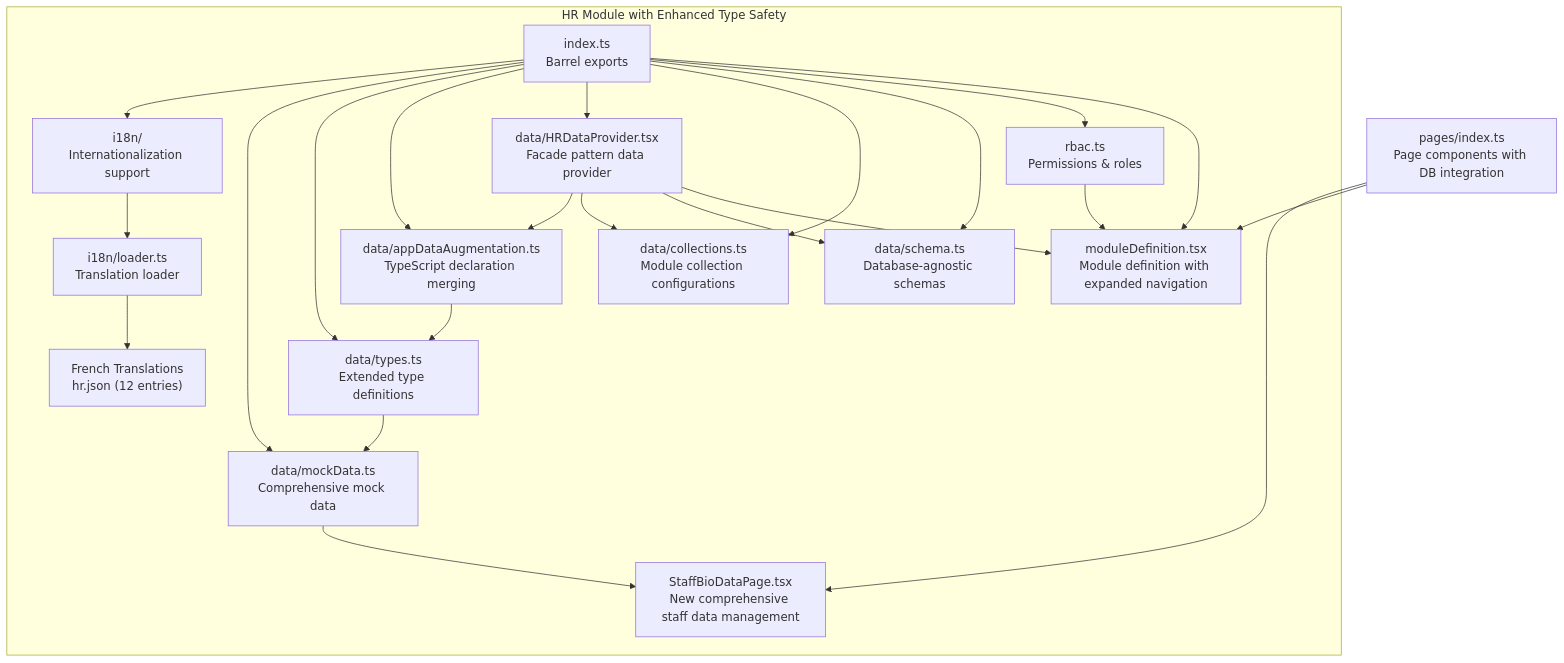
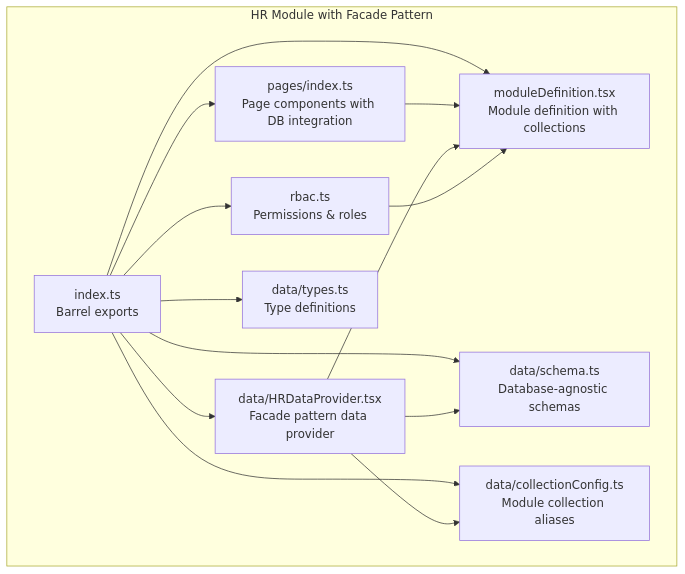
The first of 11 diagrams in .qoder/repowiki/en/content/Modules System/HR Module.md (geniusdynamics/schoolpilot), drawn with Mermaid before and after one commit. The commit also changed other lines of this file and 311 other files, not shown here.

````diff
--- a/.qoder/repowiki/en/content/Modules System/HR Module.md
+++ b/.qoder/repowiki/en/content/Modules System/HR Module.md
@@ -71,39 +56,25 @@
 ```mermaid
 graph TB
-subgraph "HR Module with Enhanced Type Safety"
+subgraph "HR Module with Facade Pattern"
 IDX["index.ts<br/>Barrel exports"]
-MOD["moduleDefinition.tsx<br/>Module definition with expanded navigation"]
+MOD["moduleDefinition.tsx<br/>Module definition with collections"]
 RBAC["rbac.ts<br/>Permissions & roles"]
 SCHEMA["data/schema.ts<br/>Database-agnostic schemas"]
-COLLECTIONS["data/collections.ts<br/>Module collection configurations"]
+CONFIG["data/collectionConfig.ts<br/>Module collection aliases"]
 DATA["data/HRDataProvider.tsx<br/>Facade pattern data provider"]
-AUG["data/appDataAugmentation.ts<br/>TypeScript declaration merging"]
-TYPES["data/types.ts<br/>Extended type definitions"]
-MOCK["data/mockData.ts<br/>Comprehensive mock data"]
-I18N["i18n/<br/>Internationalization support"]
-LOADER["i18n/loader.ts<br/>Translation loader"]
-END["French Translations<br/>hr.json (12 entries)"]
-STAFFBIO["StaffBioDataPage.tsx<br/>New comprehensive staff data management"]
+PAGES["pages/index.ts<br/>Page components with DB integration"]
+TYPES["data/types.ts<br/>Type definitions"]
 end
 IDX --> MOD
 IDX --> RBAC
 IDX --> SCHEMA
-IDX --> COLLECTIONS
+IDX --> CONFIG
 IDX --> DATA
-IDX --> AUG
+IDX --> PAGES
 IDX --> TYPES
-IDX --> MOCK
-IDX --> I18N
-I18N --> LOADER
-LOADER --> END
-PAGES["pages/index.ts<br/>Page components with DB integration"] --> MOD
-PAGES --> STAFFBIO
+PAGES --> MOD
 DATA --> MOD
 DATA --> SCHEMA
-DATA --> COLLECTIONS
-DATA --> AUG
-TYPES --> MOCK
-MOCK --> STAFFBIO
+DATA --> CONFIG
 RBAC --> MOD
-AUG --> TYPES
 ```
````
